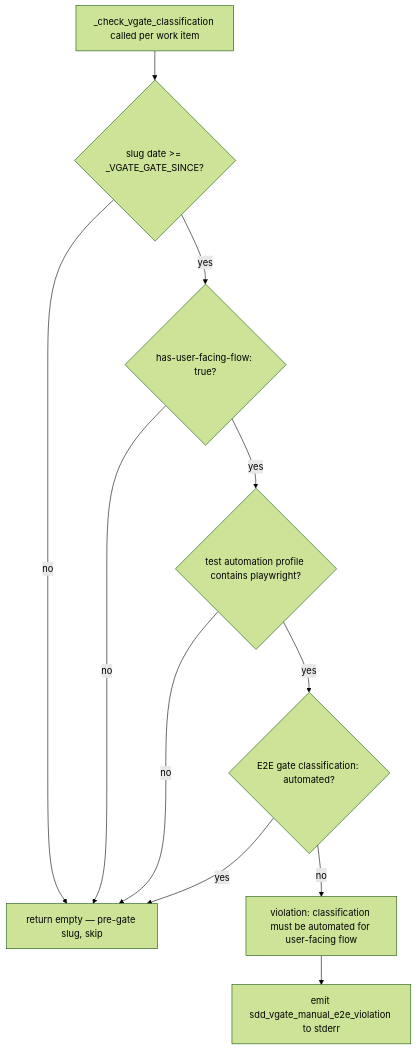
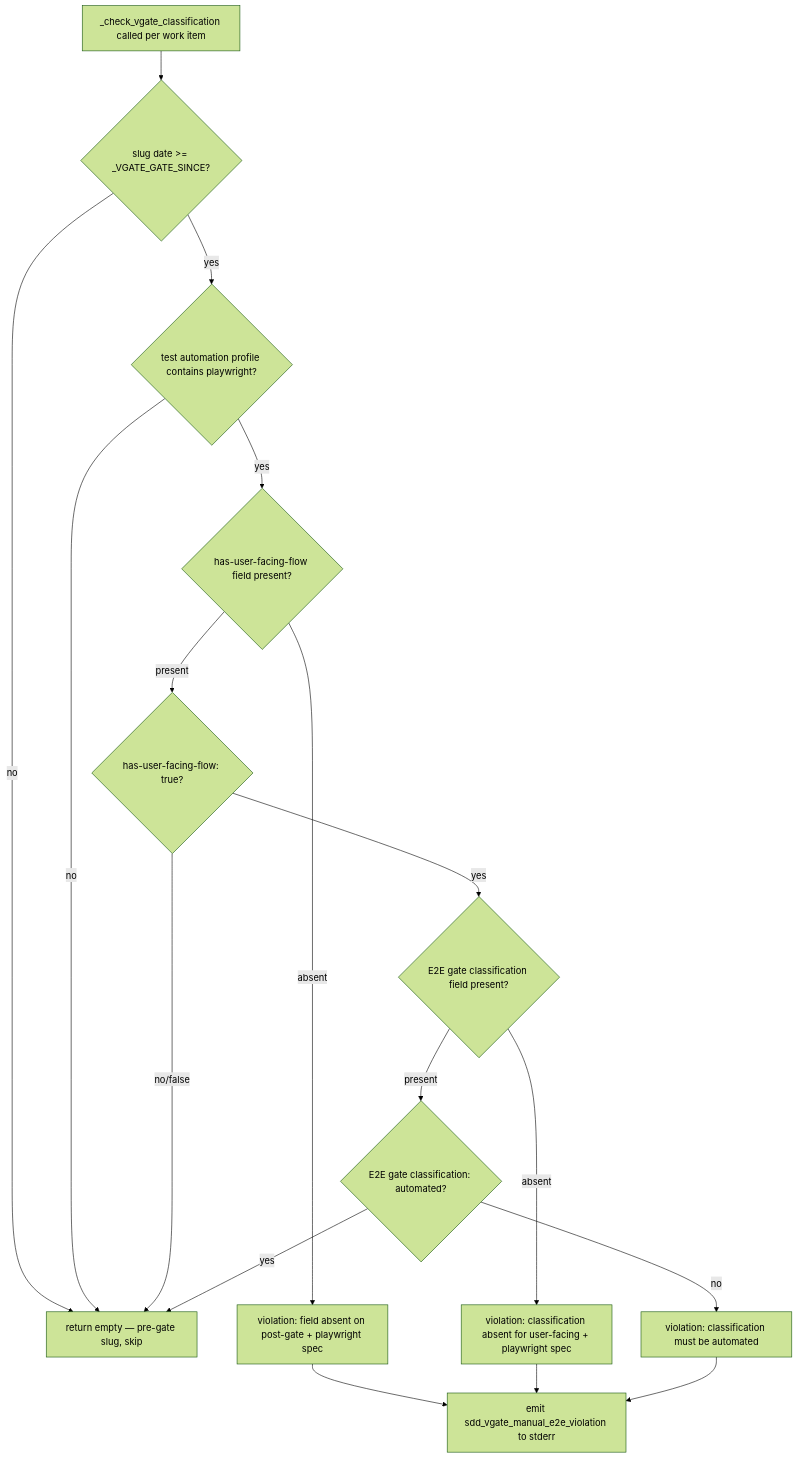
One commit to sbonoc/stackit-platform-blueprint changed the first of 2 diagrams in specs/2026-06-01-issue-353-vgate-e2e-classification/architecture.md. Above: the diagram before and after it, drawn with Mermaid (forest theme). The commit also changed other lines of this file and 2 other files, not shown here.

Commit message:
docs(issue-353): document-sync — fix architecture.md accuracy + graph edge
architecture.md:
- Problem Statement: corrected stale 'spec-field triple' to 'two new fields'
  (E2E automation target was dropped when the three-value classification was
  rejected in Q-3; two-field design is what shipped)
- Component design: corrected return type from list[str] to list[Violation]
- Mermaid decision flowchart: reorder to match actual implementation (playwright
  profile check runs before has-user-facing-flow check); add absent-field violation
  paths (AC-014 / NFR-OPS-001)

graph.json: add NFR-OPS-001 → AC-014 constrains edge (AC-014 directly tests the
NFR-OPS-001 requirement that absent fields are violations, not silent defaults)

Emits document-sync C7 lifecycle event.

````diff
--- a/specs/2026-06-01-issue-353-vgate-e2e-classification/architecture.md
+++ b/specs/2026-06-01-issue-353-vgate-e2e-classification/architecture.md
@@ -58,13 +58,19 @@
 ```mermaid
 flowchart TD
     A[_check_vgate_classification called per work item] --> B{slug date >= _VGATE_GATE_SINCE?}
     B -- no --> Z[return empty — pre-gate slug, skip]
-    B -- yes --> C{has-user-facing-flow: true?}
-    C -- no --> Z
-    C -- yes --> D{test automation profile contains playwright?}
+    B -- yes --> D{test automation profile contains playwright?}
     D -- no --> Z
-    D -- yes --> E{E2E gate classification: automated?}
-    E -- yes --> Z
-    E -- no --> V[violation: classification must be automated for user-facing flow]
-    V --> M[emit sdd_vgate_manual_e2e_violation to stderr]
+    D -- yes --> C{has-user-facing-flow field present?}
+    C -- absent --> VA[violation: field absent on post-gate + playwright spec]
+    VA --> M[emit sdd_vgate_manual_e2e_violation to stderr]
+    C -- present --> CT{has-user-facing-flow: true?}
+    CT -- no/false --> Z
+    CT -- yes --> E{E2E gate classification field present?}
+    E -- absent --> VB[violation: classification absent for user-facing + playwright spec]
+    VB --> M
+    E -- present --> EC{E2E gate classification: automated?}
+    EC -- yes --> Z
+    EC -- no --> VC[violation: classification must be automated]
+    VC --> M
 ```
````
